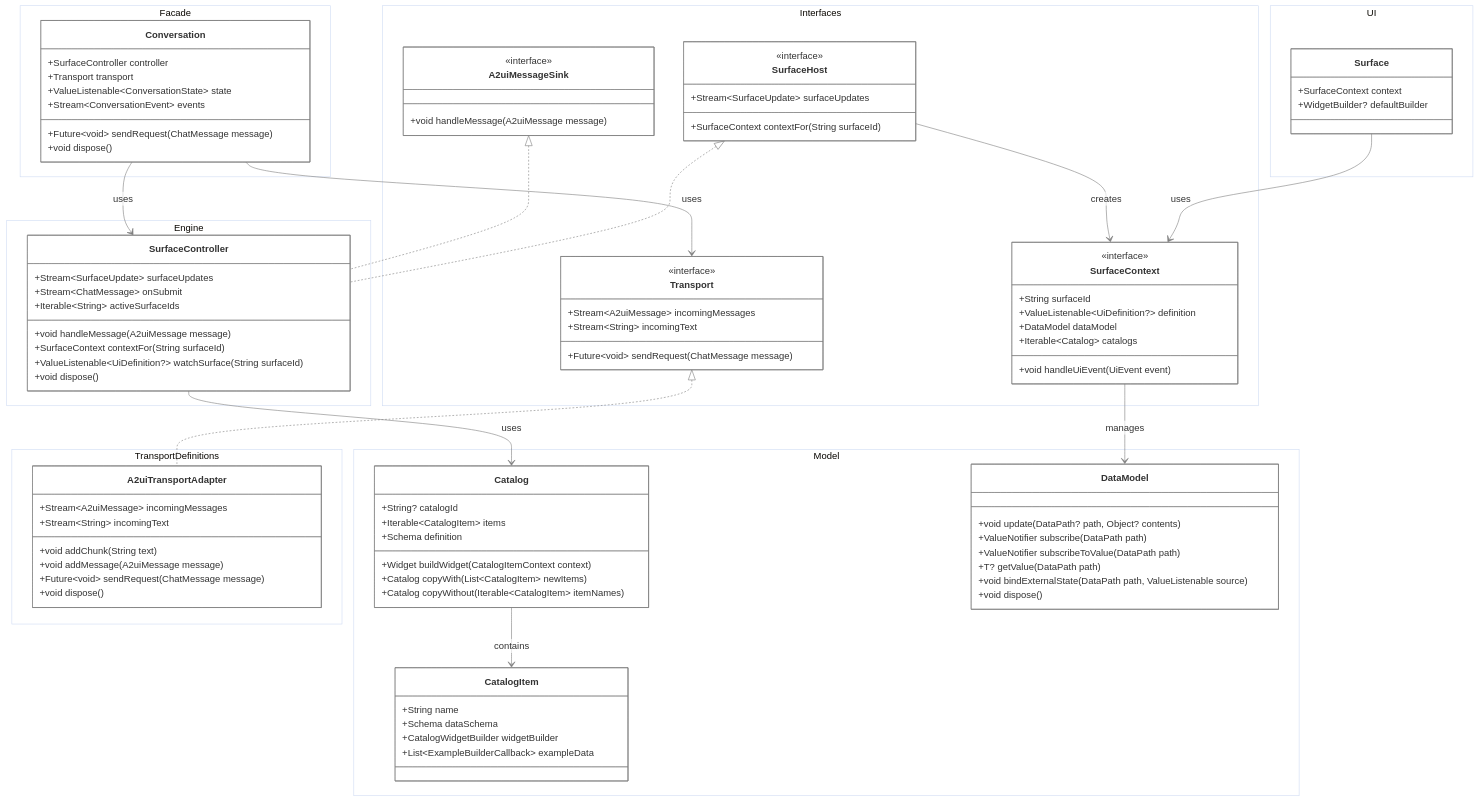
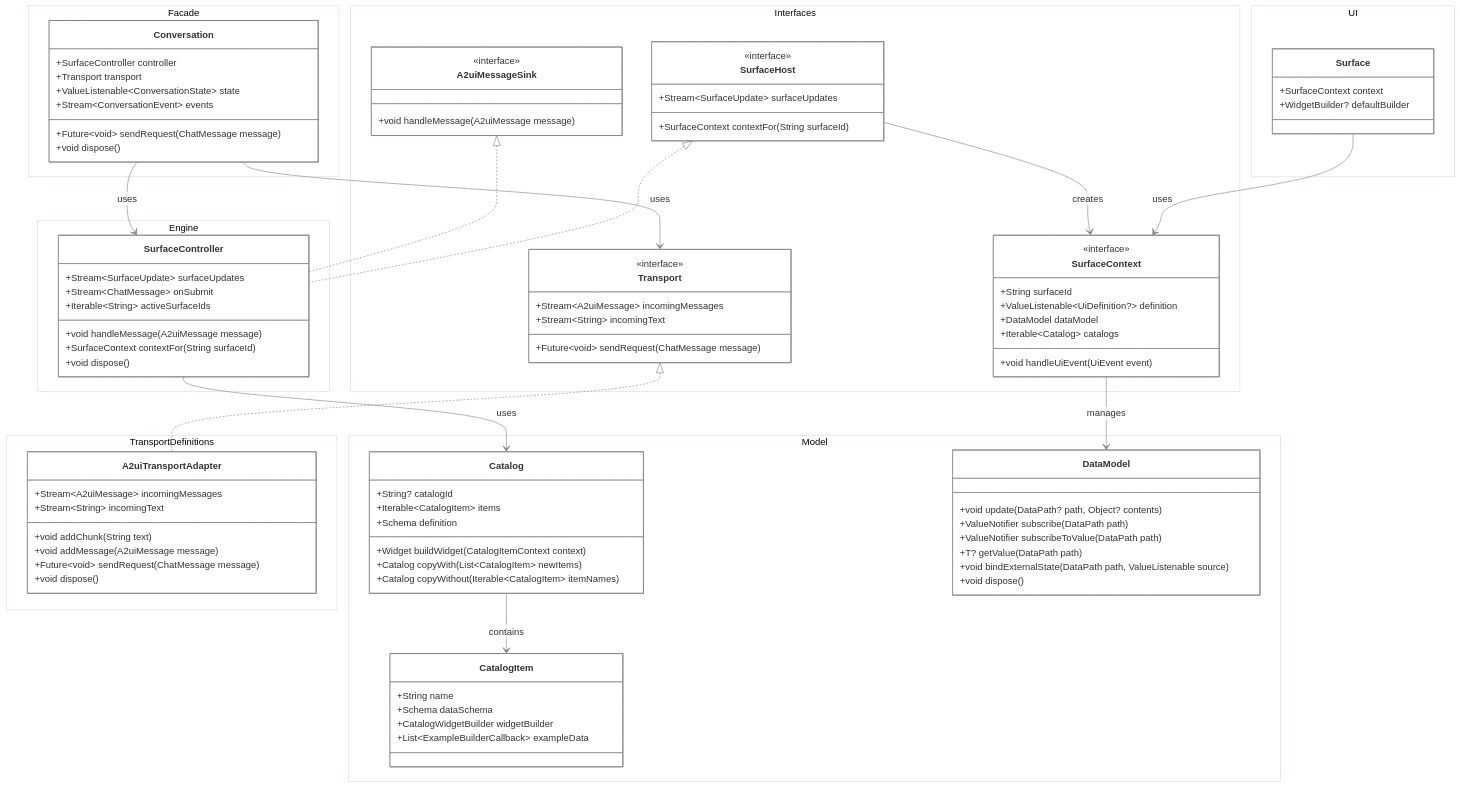
The diagram in docs/assets/class-diagram.mmd (polina-c/genui), drawn with Mermaid before and after one commit. The commit also changed 7 other files, not shown here.

First line of the commit message:
Refactor SurfaceHost: Remove watchSurface

```diff
--- a/docs/assets/class-diagram.mmd
+++ b/docs/assets/class-diagram.mmd
@@ -1,109 +1,109 @@
 %%{init: {'theme': 'base', 'themeVariables': { 'primaryBorderColor': '#808080', 'lineColor': '#808080', 'background': 'transparent', 'mainBkg': '#ffffffaa', 'clusterBkg': 'transparent'}}}%%
 classDiagram
     namespace Facade {
         class Conversation {
             +SurfaceController controller
             +Transport transport
             +ValueListenable~ConversationState~ state
             +Stream~ConversationEvent~ events
             +Future~void~ sendRequest(ChatMessage message)
             +void dispose()
         }
     }
 
     namespace Interfaces {
         class Transport {
             <<interface>>
             +Stream~A2uiMessage~ incomingMessages
             +Stream~String~ incomingText
             +Future~void~ sendRequest(ChatMessage message)
         }
 
         class SurfaceHost {
             <<interface>>
             +Stream~SurfaceUpdate~ surfaceUpdates
             +SurfaceContext contextFor(String surfaceId)
         }
 
         class SurfaceContext {
             <<interface>>
             +String surfaceId
             +ValueListenable~UiDefinition?~ definition
             +DataModel dataModel
             +Iterable~Catalog~ catalogs
             +void handleUiEvent(UiEvent event)
         }
 
         class A2uiMessageSink {
             <<interface>>
             +void handleMessage(A2uiMessage message)
         }
     }
 
     namespace TransportDefinitions {
         class A2uiTransportAdapter {
             +void addChunk(String text)
             +void addMessage(A2uiMessage message)
             +Stream~A2uiMessage~ incomingMessages
             +Stream~String~ incomingText
             +Future~void~ sendRequest(ChatMessage message)
             +void dispose()
         }
     }
 
     namespace Engine {
         class SurfaceController {
             +void handleMessage(A2uiMessage message)
             +Stream~SurfaceUpdate~ surfaceUpdates
             +Stream~ChatMessage~ onSubmit
             +Iterable~String~ activeSurfaceIds
             +SurfaceContext contextFor(String surfaceId)
-            +ValueListenable~UiDefinition?~ watchSurface(String surfaceId)
+
             +void dispose()
         }
     }
 
     namespace UI {
         class Surface {
             +SurfaceContext context
             +WidgetBuilder? defaultBuilder
         }
     }
 
     namespace Model {
         class Catalog {
             +String? catalogId
             +Iterable~CatalogItem~ items
             +Schema definition
             +Widget buildWidget(CatalogItemContext context)
             +Catalog copyWith(List~CatalogItem~ newItems)
             +Catalog copyWithout(Iterable~CatalogItem~ itemNames)
         }
 
         class CatalogItem {
             +String name
             +Schema dataSchema
             +CatalogWidgetBuilder widgetBuilder
             +List~ExampleBuilderCallback~ exampleData
         }
 
         class DataModel {
             +void update(DataPath? path, Object? contents)
             +ValueNotifier subscribe(DataPath path)
             +ValueNotifier subscribeToValue(DataPath path)
             +T? getValue(DataPath path)
             +void bindExternalState(DataPath path, ValueListenable source)
             +void dispose()
         }
     }
 
     SurfaceHost <|.. SurfaceController
     A2uiMessageSink <|.. SurfaceController
     Transport <|.. A2uiTransportAdapter
     Surface --> SurfaceContext : uses
     SurfaceHost --> SurfaceContext : creates
     Catalog --> CatalogItem : contains
     SurfaceContext --> DataModel : manages
     Conversation --> SurfaceController : uses
     Conversation --> Transport : uses
     SurfaceController --> Catalog : uses
```
